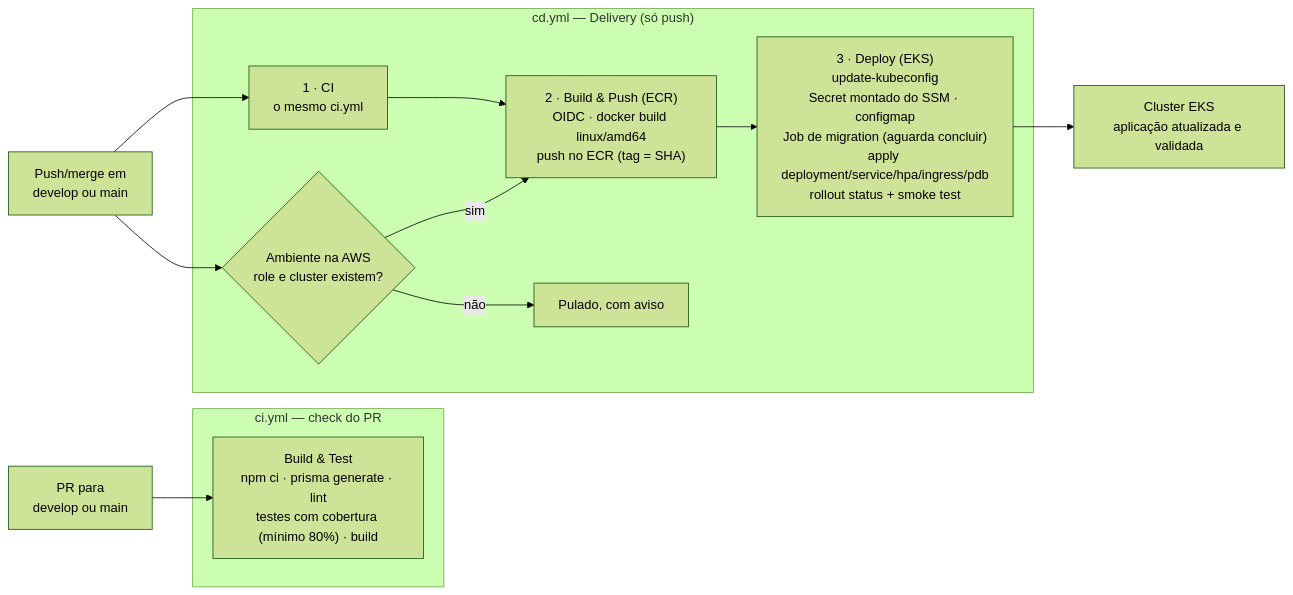
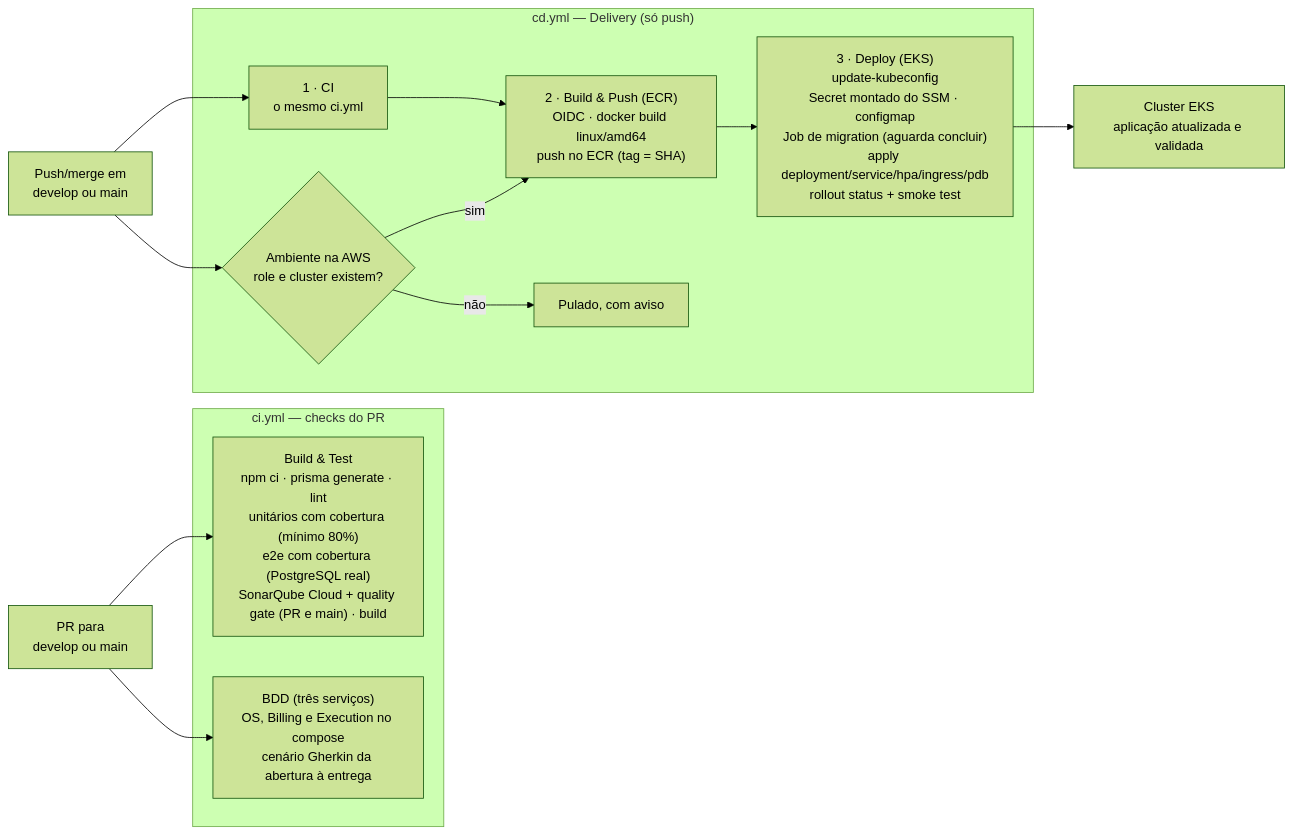
One commit to fiap-soat-oficina-tech-challenge/tech-challenge-fiap changed the ninth of 12 diagrams in README.md. Above: the diagram before and after it, drawn with Mermaid (forest theme). The commit also changed other lines of this file and 5 other files, not shown here.

First line of the commit message:
docs: README com a visão geral da solução da Fase 4 e evidência de cobertura

````diff
--- a/README.md
+++ b/README.md
@@ -552,26 +620,28 @@
 ```mermaid
 graph LR
     PR["PR para<br/>develop ou main"]
     Dev["Push/merge em<br/>develop ou main"]
 
-    subgraph CI["ci.yml — check do PR"]
-        CIJob["Build & Test<br/>npm ci · prisma generate · lint<br/>testes com cobertura (mínimo 80%) · build"]
+    subgraph CI["ci.yml — checks do PR"]
+        CIJob["Build & Test<br/>npm ci · prisma generate · lint<br/>unitários com cobertura (mínimo 80%)<br/>e2e com cobertura (PostgreSQL real)<br/>SonarQube Cloud + quality gate (PR e main) · build"]
+        BDDJob["BDD (três serviços)<br/>OS, Billing e Execution no compose<br/>cenário Gherkin da abertura à entrega"]
     end
 
     subgraph CD["cd.yml — Delivery (só push)"]
         Guard["1 · CI<br/>o mesmo ci.yml"]
         Amb{"Ambiente na AWS<br/>role e cluster existem?"}
         Build["2 · Build & Push (ECR)<br/>OIDC · docker build linux/amd64<br/>push no ECR (tag = SHA)"]
         Deploy["3 · Deploy (EKS)<br/>update-kubeconfig<br/>Secret montado do SSM · configmap<br/>Job de migration (aguarda concluir)<br/>apply deployment/service/hpa/ingress/pdb<br/>rollout status + smoke test"]
         Pula["Pulado, com aviso"]
         Guard --> Build
         Amb -->|sim| Build
         Amb -->|não| Pula
         Build --> Deploy
     end
 
     PR --> CIJob
+    PR --> BDDJob
     Dev --> Guard
     Dev --> Amb
     Deploy --> EKSc["Cluster EKS<br/>aplicação atualizada e validada"]
 ```
````
